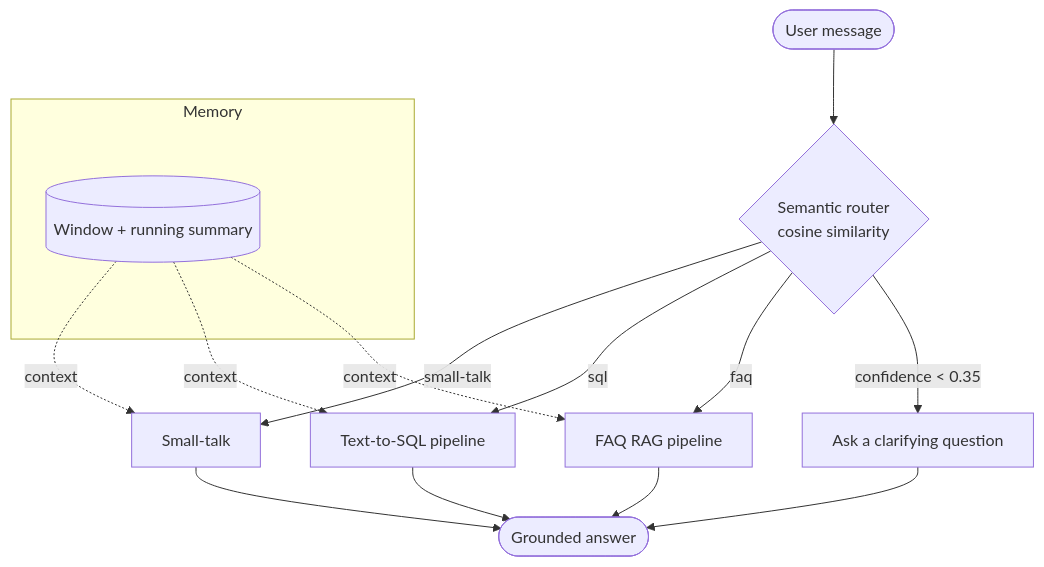
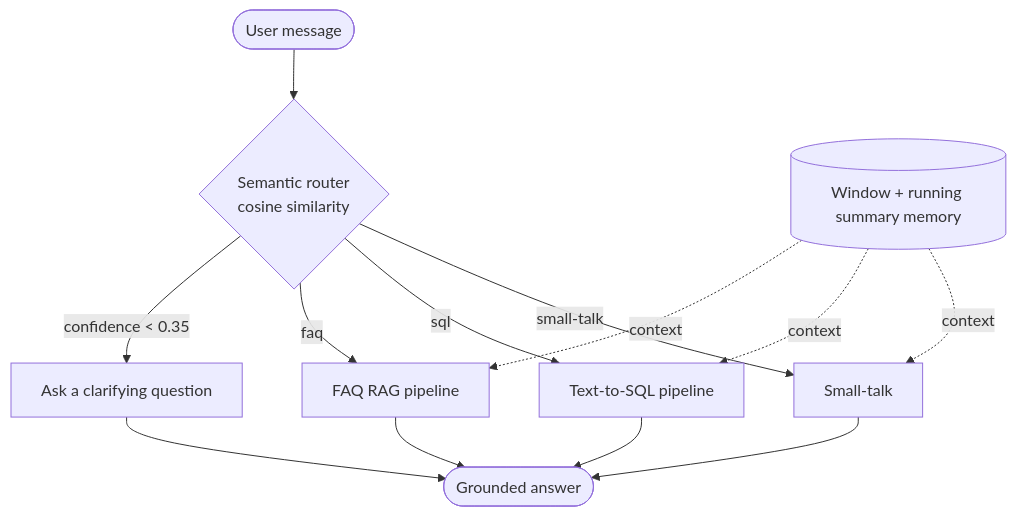
Before and after one commit to perrysolid/E_Commerce_Chatbot: the second of 4 diagrams in README.md, drawn with Mermaid. The commit also changed other lines of this file and 4 other files, not shown here.

Commit message:
ci+docs: build catalog via ETL, README ETL/Airflow diagrams, deps

````diff
--- a/README.md
+++ b/README.md
@@ -22,20 +48,17 @@
 ```mermaid
 flowchart TD
     U([User message]) --> R{Semantic router<br/>cosine similarity}
     R -->|confidence &lt; 0.35| C[Ask a clarifying question]
     R -->|faq| FAQ[FAQ RAG pipeline]
     R -->|sql| SQL[Text-to-SQL pipeline]
     R -->|small-talk| ST[Small-talk]
 
-    subgraph Memory
-      M[(Window + running summary)]
-    end
-    M -.context.-> FAQ
+    M[(Window + running summary memory)] -.context.-> FAQ
     M -.context.-> SQL
     M -.context.-> ST
 
     FAQ --> A([Grounded answer])
     SQL --> A
     ST --> A
     C --> A
 ```
````
